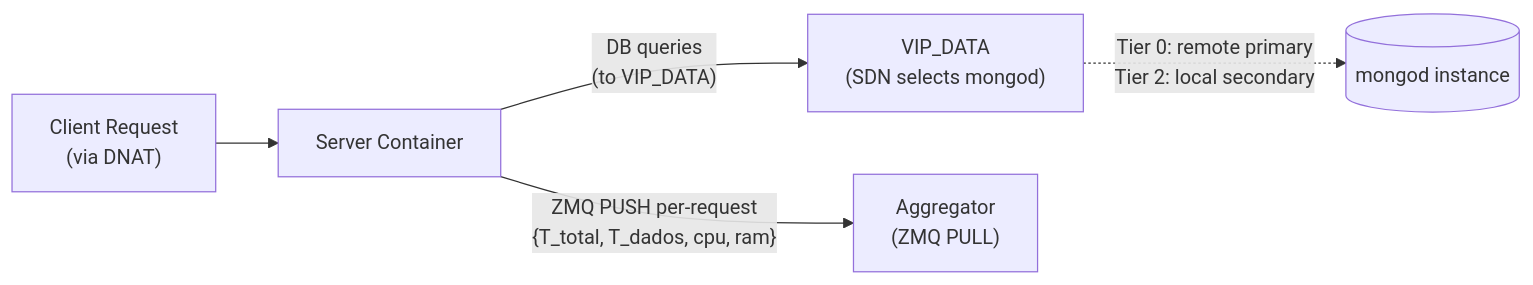
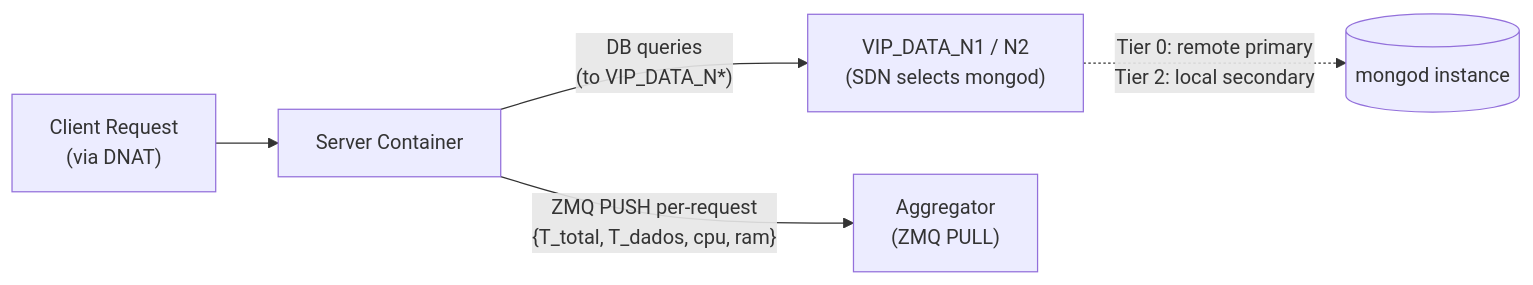
Before and after one commit to poioe20p/efficient-storage-in-edge-scenarios: the sixth of 7 diagrams in docs/operation/system_mechanisms.md, drawn with Mermaid. The commit also changed other lines of this file and 16 other files, not shown here.

````diff
--- a/docs/operation/system_mechanisms.md
+++ b/docs/operation/system_mechanisms.md
@@ -681,7 +707,7 @@
 ```mermaid
 graph LR
     Client["Client Request<br/>(via DNAT)"] --> Server["Server Container"]
-    Server -->|"DB queries<br/>(to VIP_DATA)"| VIPd["VIP_DATA<br/>(SDN selects mongod)"]
+    Server -->|"DB queries<br/>(to VIP_DATA_N*)"| VIPd["VIP_DATA_N1 / N2<br/>(SDN selects mongod)"]
     VIPd -.->|"Tier 0: remote primary<br/>Tier 2: local secondary"| Mongo[("mongod instance")]
     Server -->|"ZMQ PUSH per-request<br/>{T_total, T_dados, cpu, ram}"| Agg["Aggregator<br/>(ZMQ PULL)"]
 ```
````
